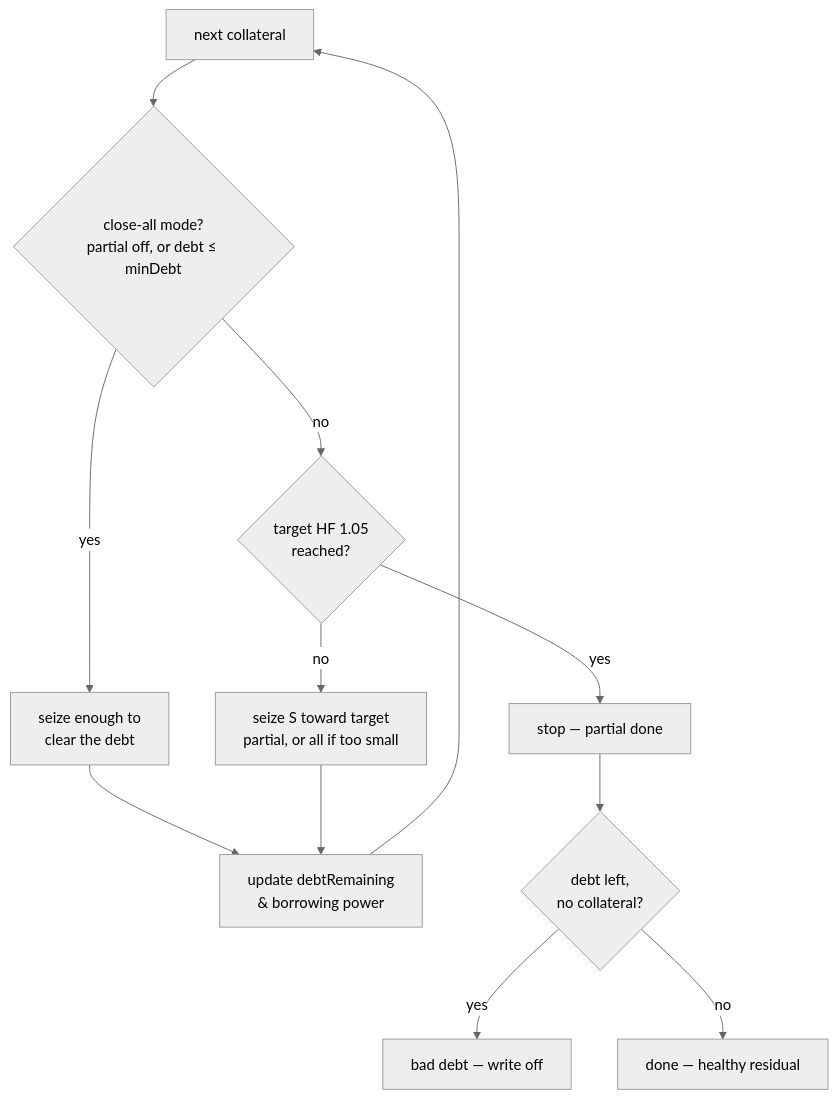
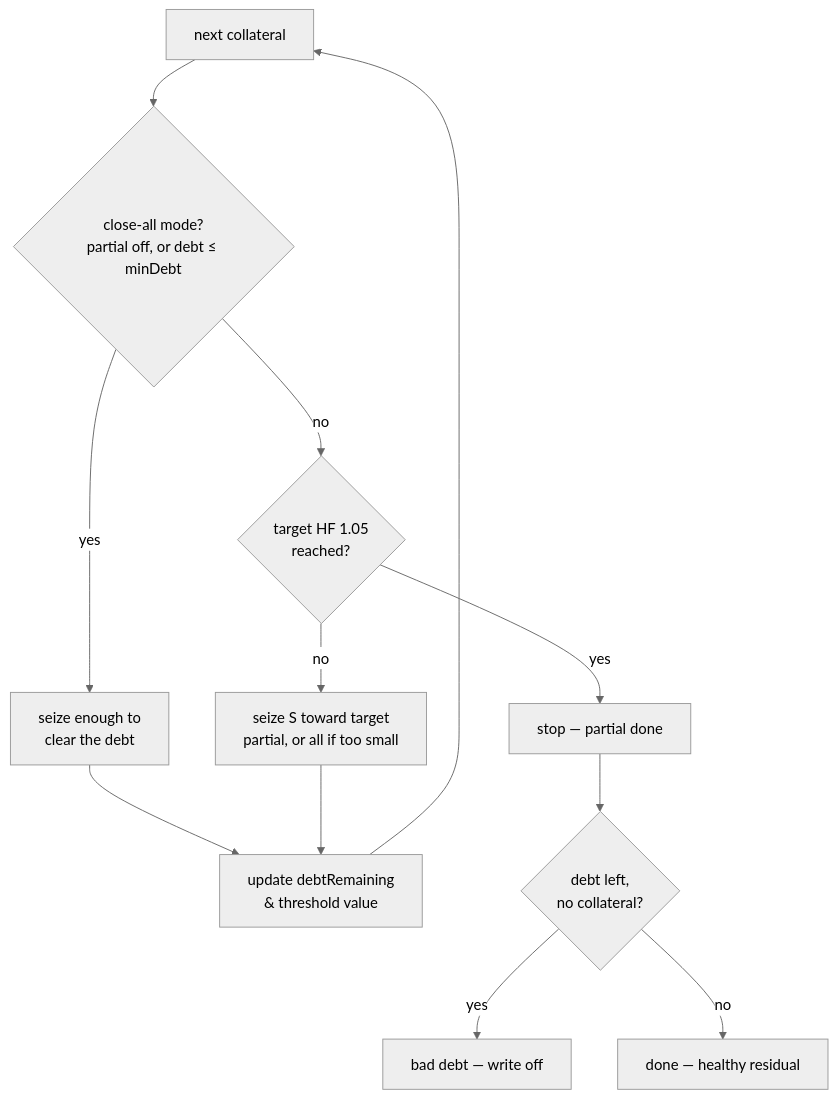
One commit to woof-software/comet changed the sixth of 11 diagrams in docs/liquidation.md. Above: the diagram before and after it, drawn with Mermaid (neutral theme). The commit also changed other lines of this file, not shown here.

````diff
--- a/docs/liquidation.md
+++ b/docs/liquidation.md
@@ -526,14 +528,14 @@
 ```mermaid
 flowchart TD
     L["next collateral"] --> D1{"close-all mode?<br/>partial off, or debt ≤ minDebt"}
     D1 -->|yes| C["seize enough to<br/>clear the debt"]
     D1 -->|no| D2{"target HF 1.05<br/>reached?"}
     D2 -->|yes| STOP["stop — partial done"]
     D2 -->|no| SZ["seize S toward target<br/>partial, or all if too small"]
-    C --> UP["update debtRemaining<br/>&amp; borrowing power"]
+    C --> UP["update debtRemaining<br/>&amp; threshold value"]
     SZ --> UP
     UP --> L
     STOP --> END{"debt left,<br/>no collateral?"}
     END -->|yes| BAD["bad debt — write off"]
     END -->|no| OK["done — healthy residual"]
 ```
````
